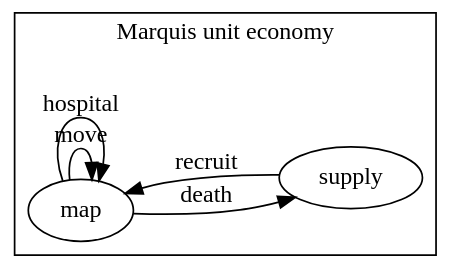
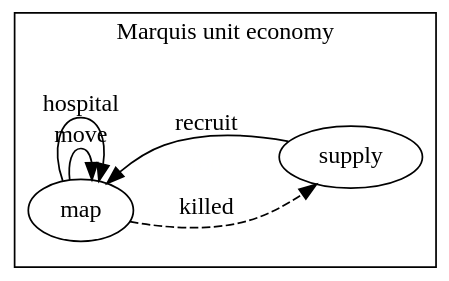
The diagram in diagrams/marquis-units.dot (krawaller/root), drawn with Graphviz before and after one commit. The commit also changed 7 other files, not shown here.

```diff
--- a/diagrams/marquis-units.dot
+++ b/diagrams/marquis-units.dot
@@ -1,17 +1,19 @@
 digraph {
   rankdir = LR;
   bgcolor = transparent;
 
   subgraph cluster_marquisunits {
 
     label = "Marquis unit economy"
 
     map -> map [label="move"]
 
-    map -> supply [label="death"]
+    map -> supply [label="killed" style=dashed]
 
     map -> map [label="hospital"]
+
+    supply -> map [label="foo" color=transparent fontcolor=transparent]
 
     supply -> map [label="recruit"]
   }
 }
```
